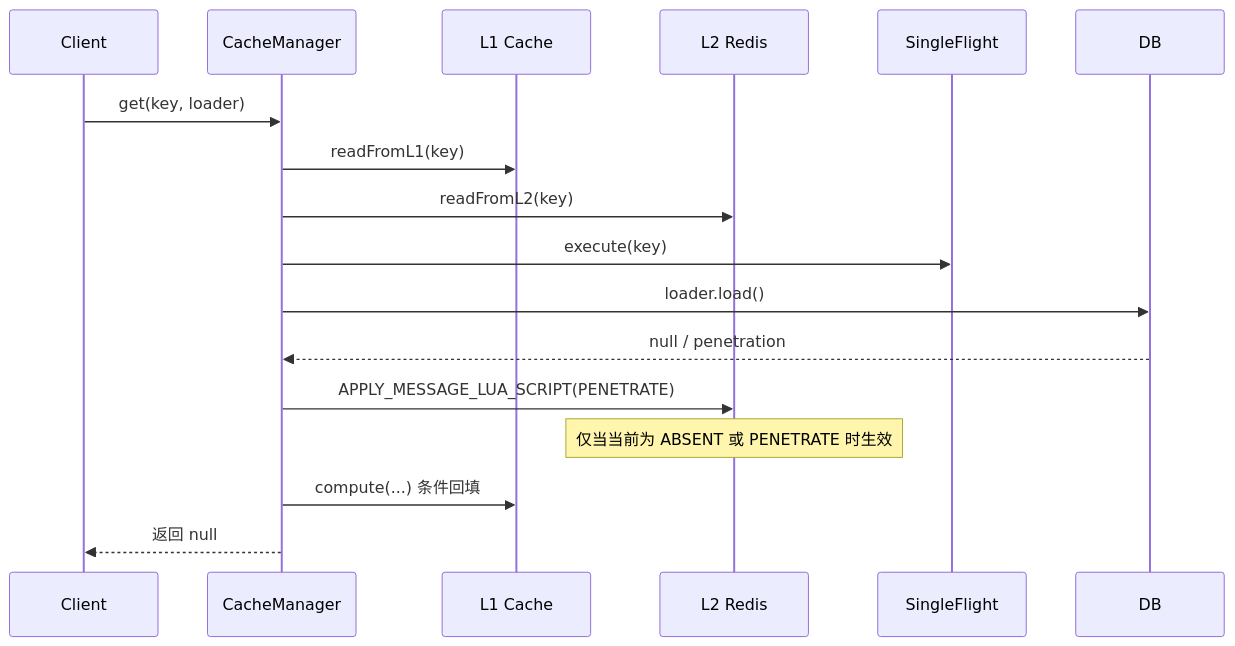
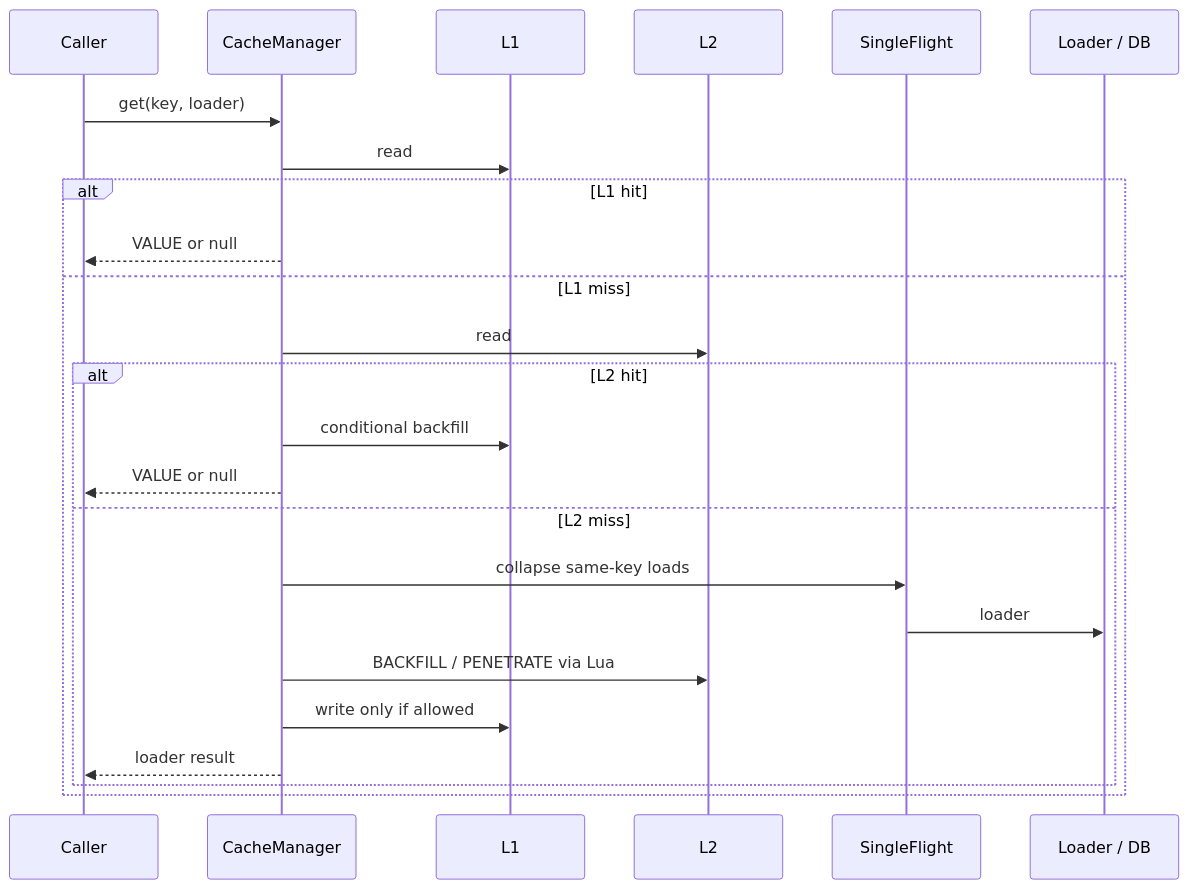
One commit to dk900912/multi-tier-cache-framework changed the second of 4 diagrams in README.md. Above: the diagram before and after it, drawn with Mermaid. The commit also changed other lines of this file and 68 other files, not shown here.

````diff
--- a/README.md
+++ b/README.md
@@ -549,20 +353,27 @@
 ```mermaid
 sequenceDiagram
-    participant Client
-    participant CacheManager
-    participant L1 as L1 Cache
-    participant L2 as L2 Redis
+    participant C as Caller
+    participant CM as CacheManager
+    participant L1 as L1
+    participant L2 as L2
     participant SF as SingleFlight
-    participant DB
+    participant DB as Loader / DB
 
-    Client->>CacheManager: get(key, loader)
-    CacheManager->>L1: readFromL1(key)
-    CacheManager->>L2: readFromL2(key)
-    CacheManager->>SF: execute(key)
-    CacheManager->>DB: loader.load()
-    DB-->>CacheManager: null / penetration
-    CacheManager->>L2: APPLY_MESSAGE_LUA_SCRIPT(PENETRATE)
-    Note over L2: 仅当当前为 ABSENT 或 PENETRATE 时生效
-    CacheManager->>L1: compute(...) 条件回填
-    CacheManager-->>Client: 返回 null
+    C->>CM: get(key, loader)
+    CM->>L1: read
+    alt L1 hit
+        CM-->>C: VALUE or null
+    else L1 miss
+        CM->>L2: read
+        alt L2 hit
+            CM->>L1: conditional backfill
+            CM-->>C: VALUE or null
+        else L2 miss
+            CM->>SF: collapse same-key loads
+            SF->>DB: loader
+            CM->>L2: BACKFILL / PENETRATE via Lua
+            CM->>L1: write only if allowed
+            CM-->>C: loader result
+        end
+    end
 ```
````
